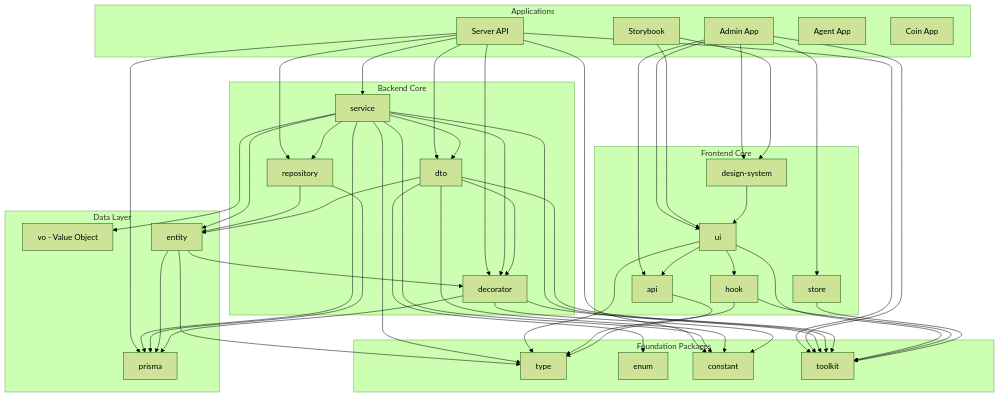
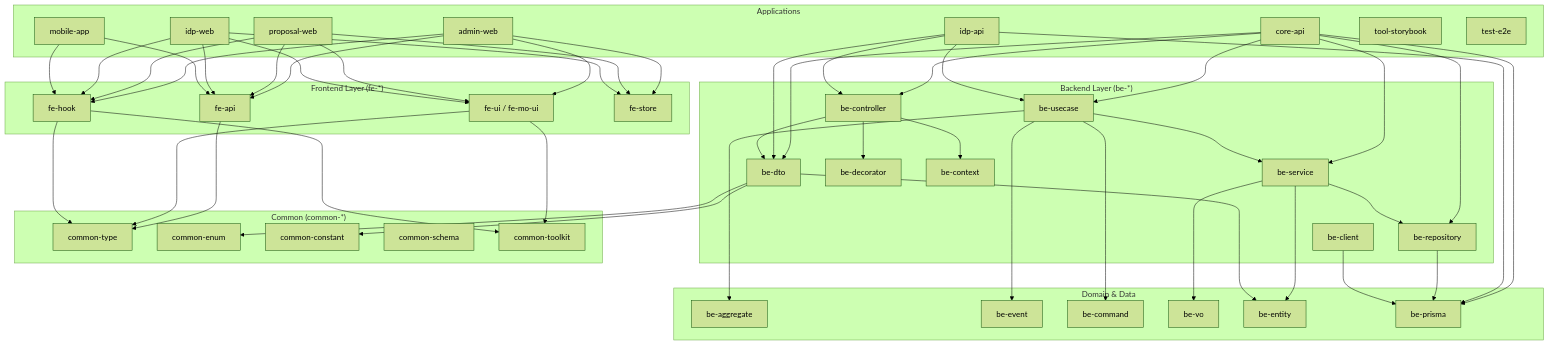
The diagram in README.md (kimjoongwon/prj-core), drawn with Mermaid (forest theme) before and after one commit. The commit also changed other lines of this file, not shown here.

````diff
--- a/README.md
+++ b/README.md
@@ -203,99 +185,61 @@
 ```mermaid
 graph TD
     subgraph Applications
-        Admin[Admin App]
-        Server[Server API]
-        Storybook[Storybook]
-        Agent[Agent App]
-        Coin[Coin App]
+        CoreApi[core-api]
+        IdpApi[idp-api]
+        IdpWeb[idp-web]
+        Admin[admin-web]
+        Proposal[proposal-web]
+        Mobile[mobile-app]
+        Storybook[tool-storybook]
+        E2E[test-e2e]
     end
 
-    subgraph "Foundation Packages"
-        Type[type]
-        Enum[enum]
-        Constant[constant]
-        Toolkit[toolkit]
+    subgraph "Backend Layer (be-*)"
+        Controller[be-controller]
+        Usecase[be-usecase]
+        Service[be-service]
+        Repository[be-repository]
+        Dto[be-dto]
+        Decorator[be-decorator]
+        Context[be-context]
+        Client[be-client]
     end
 
-    subgraph "Data Layer"
-        Prisma[prisma]
-        VO[vo - Value Object]
-        Entity[entity]
+    subgraph "Domain & Data"
+        Aggregate[be-aggregate]
+        Event[be-event]
+        Command[be-command]
+        VO[be-vo]
+        Entity[be-entity]
+        Prisma[be-prisma]
     end
 
-    subgraph "Backend Core"
-        Decorator[decorator]
-        DTO[dto]
-        Repository[repository]
-        Service[service]
+    subgraph "Frontend Layer (fe-*)"
+        ApiClient[fe-api]
+        UI[fe-ui / fe-mo-ui]
+        Hook[fe-hook]
+        Store[fe-store]
     end
 
-    subgraph "Frontend Core"
-        DesignSystem[design-system]
-        UI[ui]
-        Hook[hook]
-        Store[store]
-        ApiClient[api]
+    subgraph "Common (common-*)"
+        Type[common-type]
+        Enum[common-enum]
+        Constant[common-constant]
+        Schema[common-schema]
+        Toolkit[common-toolkit]
     end
 
-    %% Application Dependencies
-    Server --> Service
-    Server --> Repository
-    Server --> DTO
-    Server --> Decorator
-    Server --> Prisma
-    Server --> Constant
-    Server --> Toolkit
-
-    Admin --> ApiClient
-    Admin --> UI
-    Admin --> Store
-    Admin --> DesignSystem
-    Admin --> Toolkit
-
-    Storybook --> UI
-    Storybook --> DesignSystem
-
-    %% Backend Package Dependencies
-    Service --> Repository
-    Service --> DTO
-    Service --> Entity
-    Service --> VO
-    Service --> Decorator
-    Service --> Prisma
-    Service --> Type
-    Service --> Constant
-    Service --> Toolkit
-
+    CoreApi --> Controller & Usecase & Service & Repository & Dto & Prisma
+    IdpApi --> Controller & Usecase & Dto & Prisma
+    Admin & Proposal & IdpWeb --> ApiClient & UI & Hook & Store
+    Mobile --> ApiClient & Hook
+    Usecase --> Aggregate & Command & Event & Service
+    Service --> Repository & Entity & VO
     Repository --> Prisma
-    Repository --> Entity
-
-    DTO --> Entity
-    DTO --> Decorator
-    DTO --> Enum
-    DTO --> Constant
-    DTO --> Toolkit
-
-    Entity --> Prisma
-    Entity --> Decorator
-    Entity --> Type
-
-    Decorator --> Prisma
-    Decorator --> Constant
-    Decorator --> Toolkit
-
-    %% Frontend Package Dependencies
-    UI --> Hook
-    UI --> Type
-    UI --> Toolkit
-    UI --> ApiClient
-
-    Hook --> Type
-    Hook --> Toolkit
-
-    Store --> Toolkit
-
+    Controller --> Dto & Decorator & Context
+    Dto --> Entity & Enum & Constant
+    Client --> Prisma
     ApiClient --> Type
-
-    DesignSystem --> UI
+    UI & Hook --> Type & Toolkit
 ```
````
